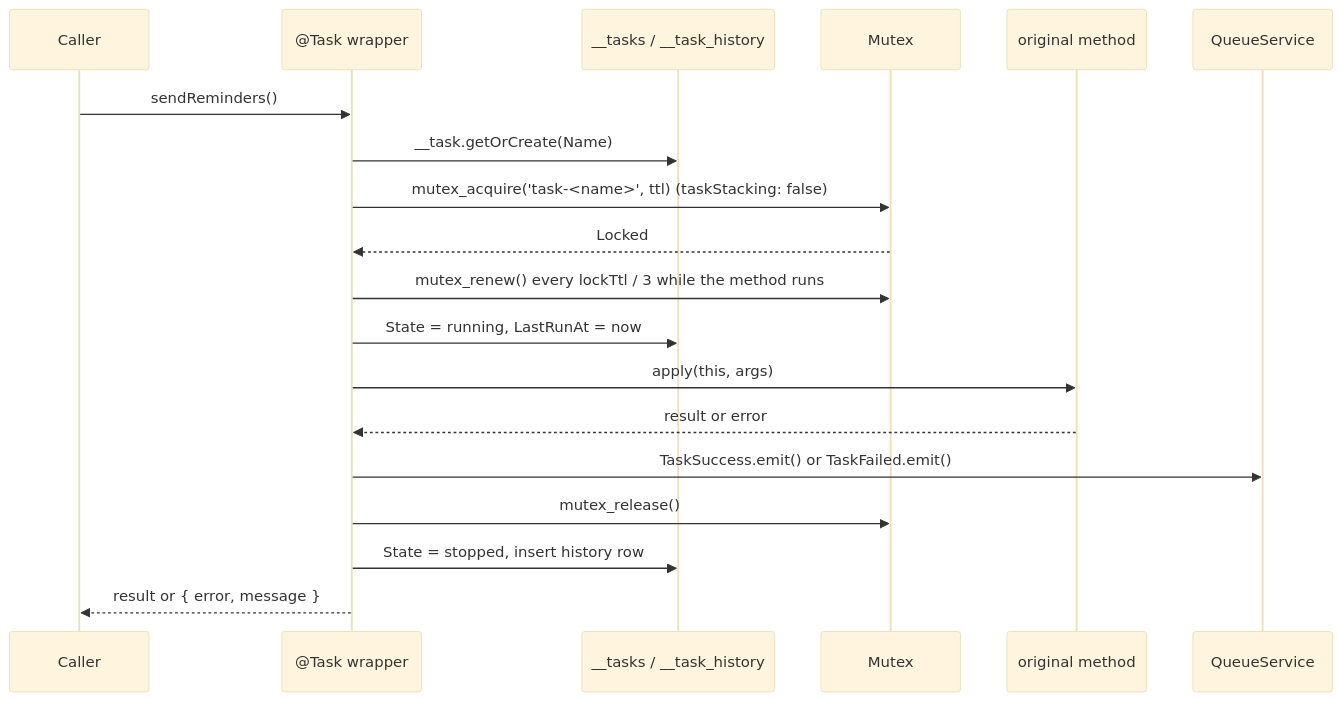
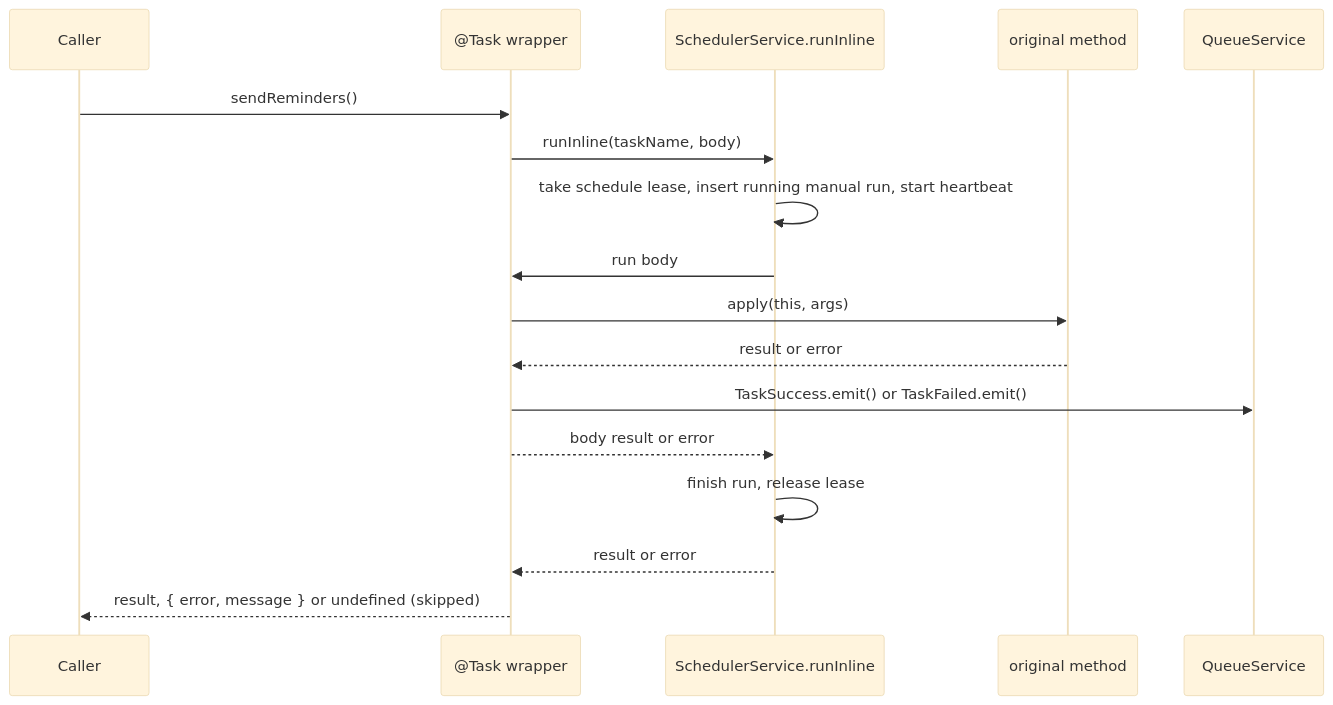
One commit to spinajs/main changed the diagram in docs/tasks/01-task-decorator.md. Above: the diagram before and after it, drawn with Mermaid (base theme). The commit also changed other lines of this file and 25 other files, not shown here.

First line of the commit message:
refactor(tasks, scheduler): @Task runs through the scheduler run history

````diff
--- a/docs/tasks/01-task-decorator.md
+++ b/docs/tasks/01-task-decorator.md
@@ -30,21 +29,19 @@
 ```mermaid
 sequenceDiagram
   participant Caller
   participant Wrapper as @Task wrapper
-  participant DB as __tasks / __task_history
-  participant Mutex
+  participant Scheduler as SchedulerService.runInline
   participant Method as original method
   participant Queue as QueueService
   Caller->>Wrapper: sendReminders()
-  Wrapper->>DB: __task.getOrCreate(Name)
-  Wrapper->>Mutex: mutex_acquire('task-<name>', ttl) (taskStacking: false)
-  Mutex-->>Wrapper: Locked
-  Wrapper->>Mutex: mutex_renew() every lockTtl / 3 while the method runs
-  Wrapper->>DB: State = running, LastRunAt = now
+  Wrapper->>Scheduler: runInline(taskName, body)
+  Scheduler->>Scheduler: take schedule lease, insert running manual run, start heartbeat
+  Scheduler->>Wrapper: run body
   Wrapper->>Method: apply(this, args)
   Method-->>Wrapper: result or error
   Wrapper->>Queue: TaskSuccess.emit() or TaskFailed.emit()
-  Wrapper->>Mutex: mutex_release()
-  Wrapper->>DB: State = stopped, insert history row
-  Wrapper-->>Caller: result or { error, message }
+  Wrapper-->>Scheduler: body result or error
+  Scheduler->>Scheduler: finish run, release lease
+  Scheduler-->>Wrapper: result or error
+  Wrapper-->>Caller: result, { error, message } or undefined (skipped)
 ```
````
